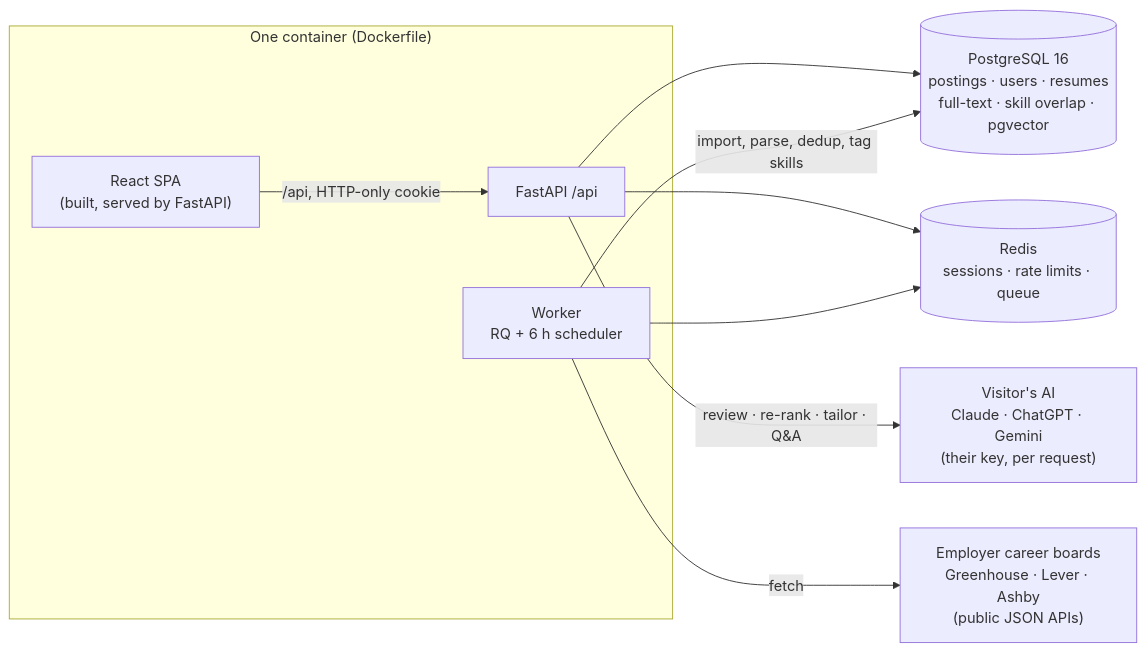
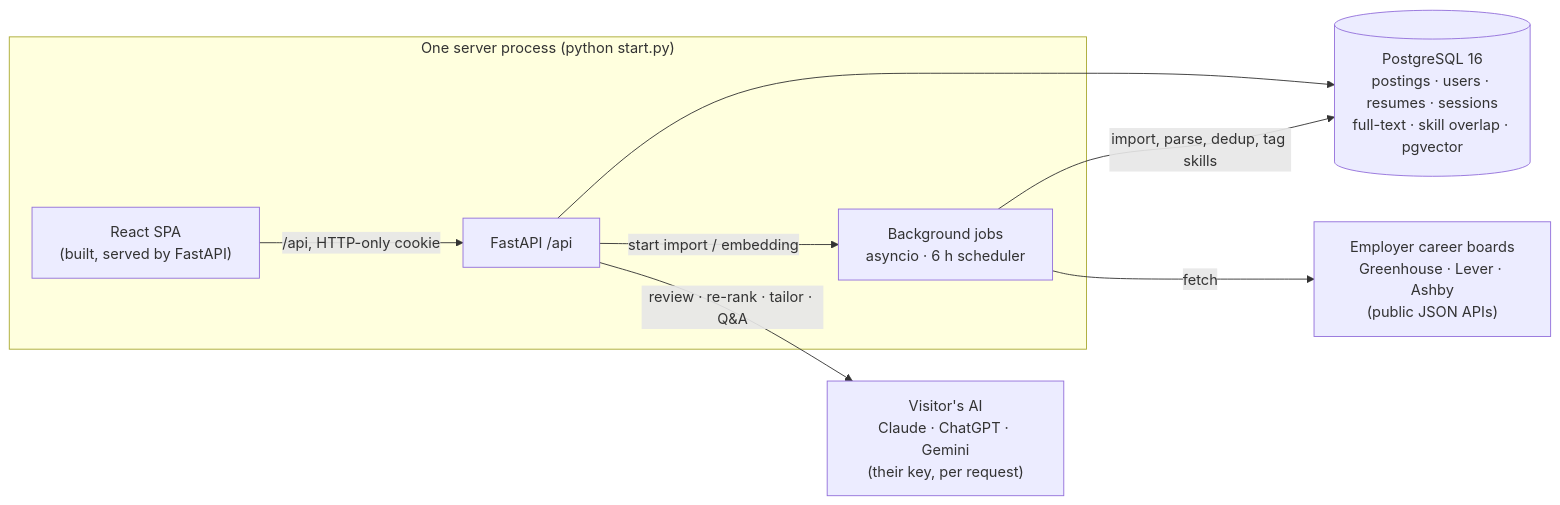
The diagram in README.md (mbendari7/COOP-Radar), drawn with Mermaid before and after one commit. The commit also changed other lines of this file and 99 other files, not shown here.

````diff
--- a/README.md
+++ b/README.md
@@ -31,20 +35,18 @@
 ```mermaid
 flowchart LR
-    subgraph Site["One container (Dockerfile)"]
+    subgraph Site["One server process (python start.py)"]
       UI["React SPA<br/>(built, served by FastAPI)"]
       API["FastAPI /api"]
-      WK["Worker<br/>RQ + 6 h scheduler"]
+      WK["Background jobs<br/>asyncio · 6 h scheduler"]
     end
-    DB[("PostgreSQL 16<br/>postings · users · resumes<br/>full-text · skill overlap · pgvector")]
-    RD[("Redis<br/>sessions · rate limits · queue")]
+    DB[("PostgreSQL 16<br/>postings · users · resumes · sessions<br/>full-text · skill overlap · pgvector")]
     BOARDS["Employer career boards<br/>Greenhouse · Lever · Ashby<br/>(public JSON APIs)"]
     AI["Visitor's AI<br/>Claude · ChatGPT · Gemini<br/>(their key, per request)"]
 
     UI -->|"/api, HTTP-only cookie"| API
     API --> DB
-    API --> RD
-    WK --> RD
+    API -->|start import / embedding| WK
     WK -->|import, parse, dedup, tag skills| DB
     WK -->|fetch| BOARDS
     API -->|"review · re-rank · tailor · Q&A"| AI
 ```
````
